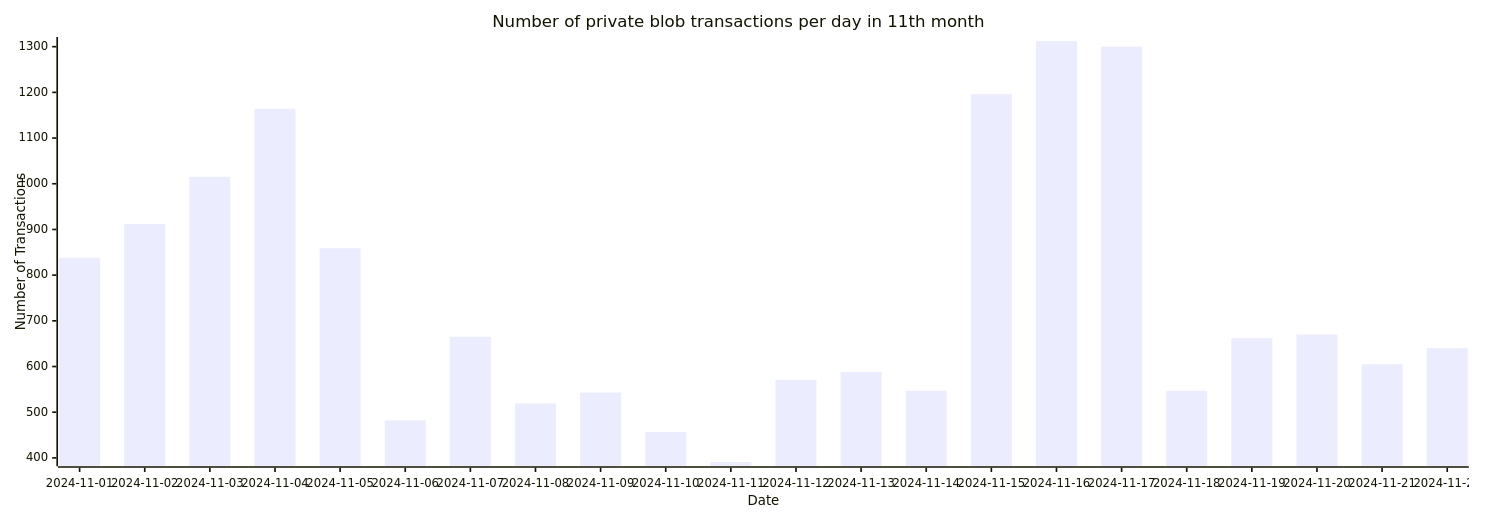
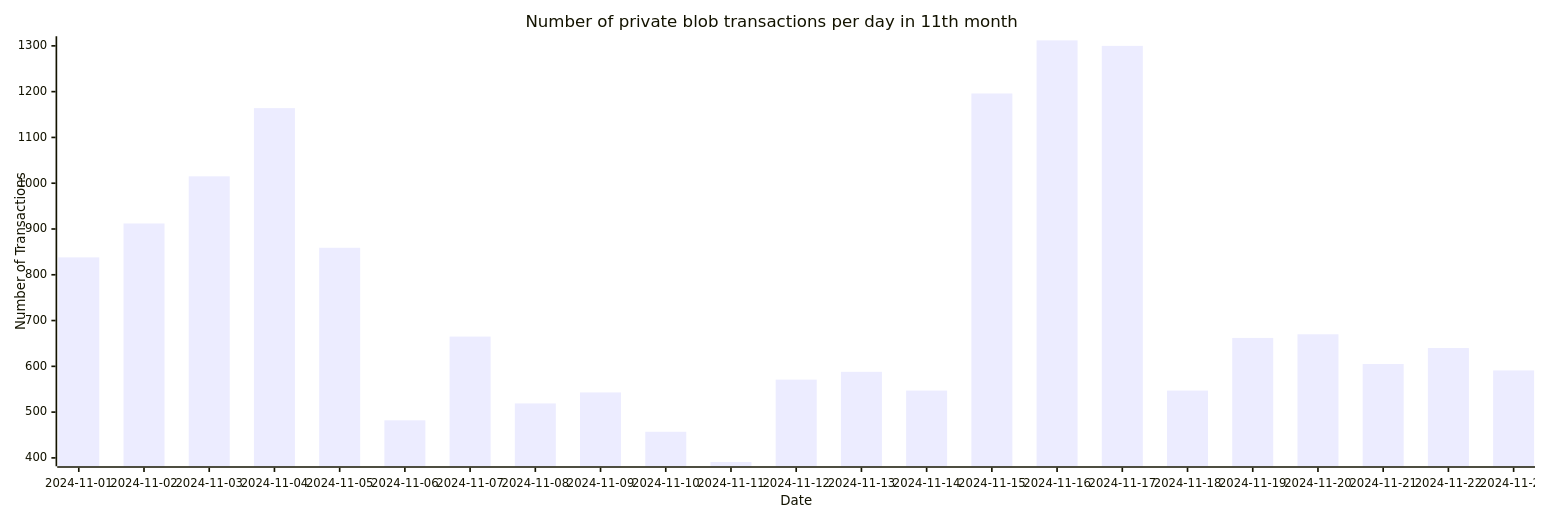
One commit to Amit0617/eip4844-data changed the ninth of 9 diagrams in README.md. Above: the diagram before and after it, drawn with Mermaid. The commit also changed 1 other file, not shown here.

````diff
--- a/README.md
+++ b/README.md
@@ -105,12 +105,12 @@
 ```mermaid
 ---
 config:
     xyChart:
-        width: 1760
+        width: 1840
         height: 600
 ---
 xychart-beta title "Number of private blob transactions per day in 11th month"
-x-axis "Date" [2024-11-01,2024-11-02,2024-11-03,2024-11-04,2024-11-05,2024-11-06,2024-11-07,2024-11-08,2024-11-09,2024-11-10,2024-11-11,2024-11-12,2024-11-13,2024-11-14,2024-11-15,2024-11-16,2024-11-17,2024-11-18,2024-11-19,2024-11-20,2024-11-21,2024-11-22]
+x-axis "Date" [2024-11-01,2024-11-02,2024-11-03,2024-11-04,2024-11-05,2024-11-06,2024-11-07,2024-11-08,2024-11-09,2024-11-10,2024-11-11,2024-11-12,2024-11-13,2024-11-14,2024-11-15,2024-11-16,2024-11-17,2024-11-18,2024-11-19,2024-11-20,2024-11-21,2024-11-22,2024-11-23]
 y-axis "Number of Transactions"
-bar[838,912,1015,1164,859,482,665,519,543,457,391,571,588,547,1196,1312,1300,547,662,670,605,640]
+bar[838,912,1015,1164,859,482,665,519,543,457,391,571,588,547,1196,1312,1300,547,662,670,605,640,591]
 ```
````
